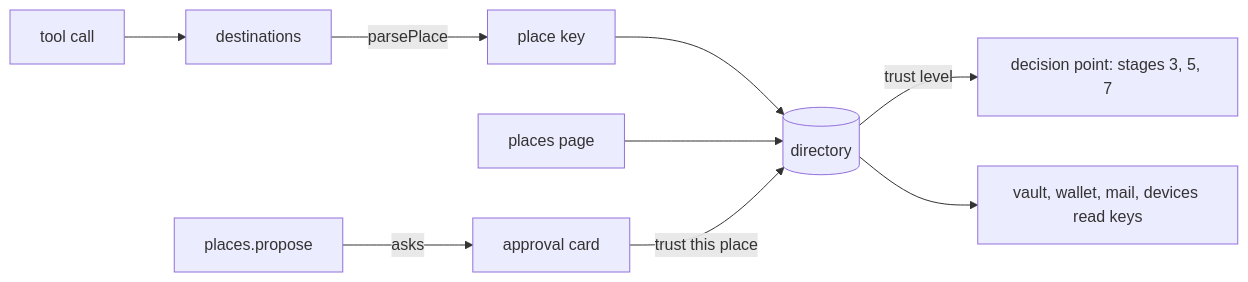
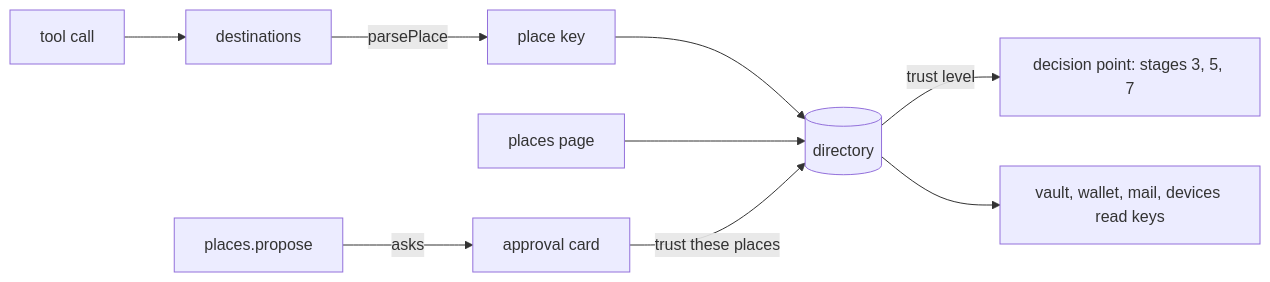
Before and after one commit to zgeoff/nixie: the diagram in docs/design/queue/trusted-places.md, drawn with Mermaid. The commit also changed other lines of this file, not shown here.

Commit message:
docs(design): apply the walkthrough rulings to trusted places

````diff
--- a/docs/design/queue/trusted-places.md
+++ b/docs/design/queue/trusted-places.md
@@ -28,11 +29,11 @@
 ```mermaid
 flowchart LR
   call[tool call] --> dest[destinations]
   dest -->|"parsePlace"| key[place key]
   key --> dir[(directory)]
   dir -->|"trust level"| dp[decision point: stages 3, 5, 7]
   page[places page] --> dir
-  card[approval card] -->|"trust this place"| dir
+  card[approval card] -->|"trust these places"| dir
   propose[places.propose] -->|"asks"| card
   dir --> users[vault, wallet, mail, devices read keys]
 ```
````
